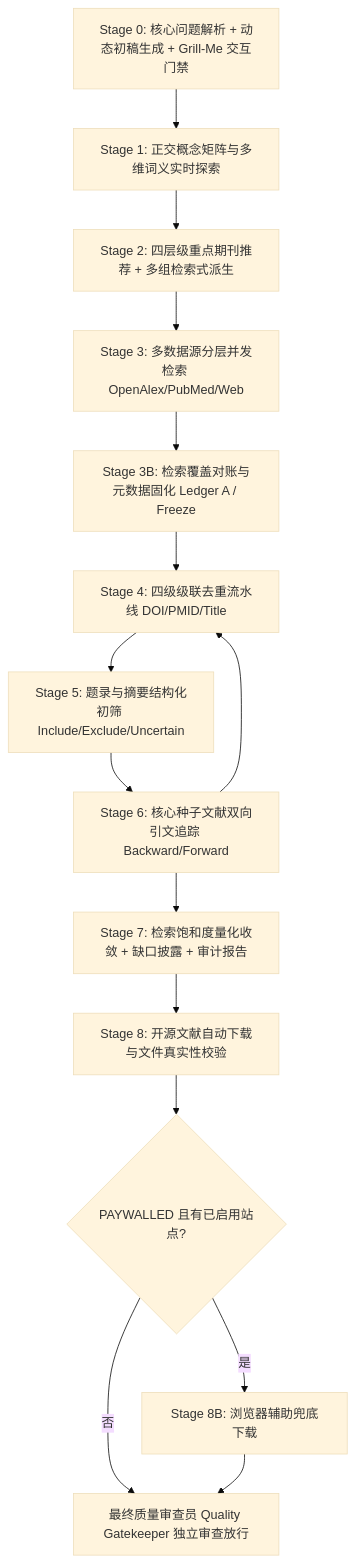
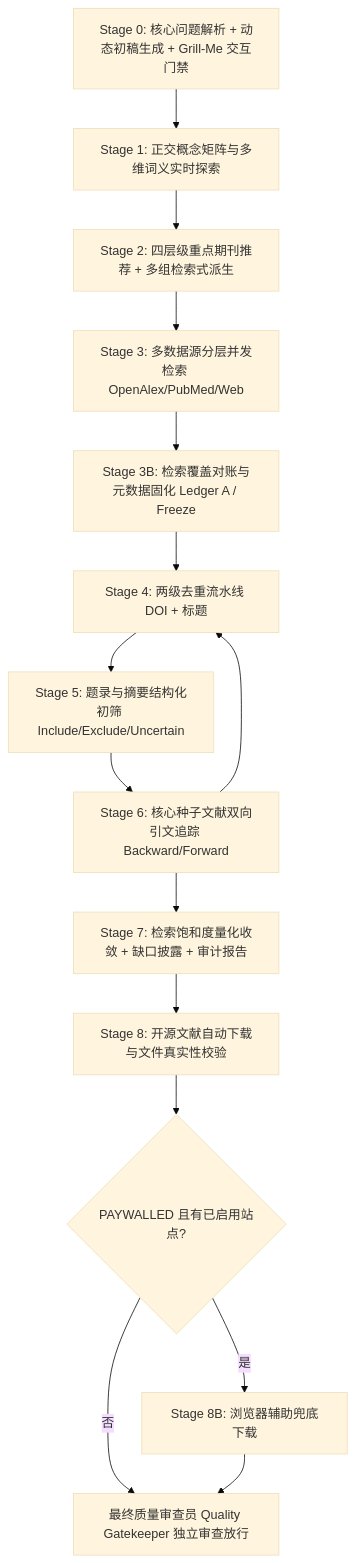
The diagram in skills/literature-discovery-acquisition/SKILL.md (Daylily-Huang/ScholarFlow), drawn with Mermaid (base theme) before and after one commit. The commit also changed other lines of this file and 12 other files, not shown here.

````diff
--- a/skills/literature-discovery-acquisition/SKILL.md
+++ b/skills/literature-discovery-acquisition/SKILL.md
@@ -128,17 +145,17 @@
 ```mermaid
 flowchart TD
     S0[Stage 0: 核心问题解析 + 动态初稿生成 + Grill-Me 交互门禁] --> S1[Stage 1: 正交概念矩阵与多维词义实时探索]
     S1 --> S2[Stage 2: 四层级重点期刊推荐 + 多组检索式派生]
     S2 --> S3[Stage 3: 多数据源分层并发检索 OpenAlex/PubMed/Web]
     S3 --> S3B[Stage 3B: 检索覆盖对账与元数据固化 Ledger A / Freeze]
-    S3B --> S4[Stage 4: 四级级联去重流水线 DOI/PMID/Title]
+    S3B --> S4[Stage 4: 两级去重流水线 DOI + 标题]
     S4 --> S5[Stage 5: 题录与摘要结构化初筛 Include/Exclude/Uncertain]
     S5 --> S6[Stage 6: 核心种子文献双向引文追踪 Backward/Forward]
     S6 --> S4
     S6 --> S7[Stage 7: 检索饱和度量化收敛 + 缺口披露 + 审计报告]
     S7 --> S8[Stage 8: 开源文献自动下载与文件真实性校验]
     S8 --> S8B_Check{PAYWALLED 且有已启用站点?}
     S8B_Check -- 是 --> S8B[Stage 8B: 浏览器辅助兜底下载]
     S8B_Check -- 否 --> QG
     S8B --> QG[最终质量审查员 Quality Gatekeeper 独立审查放行]
 ```
````
